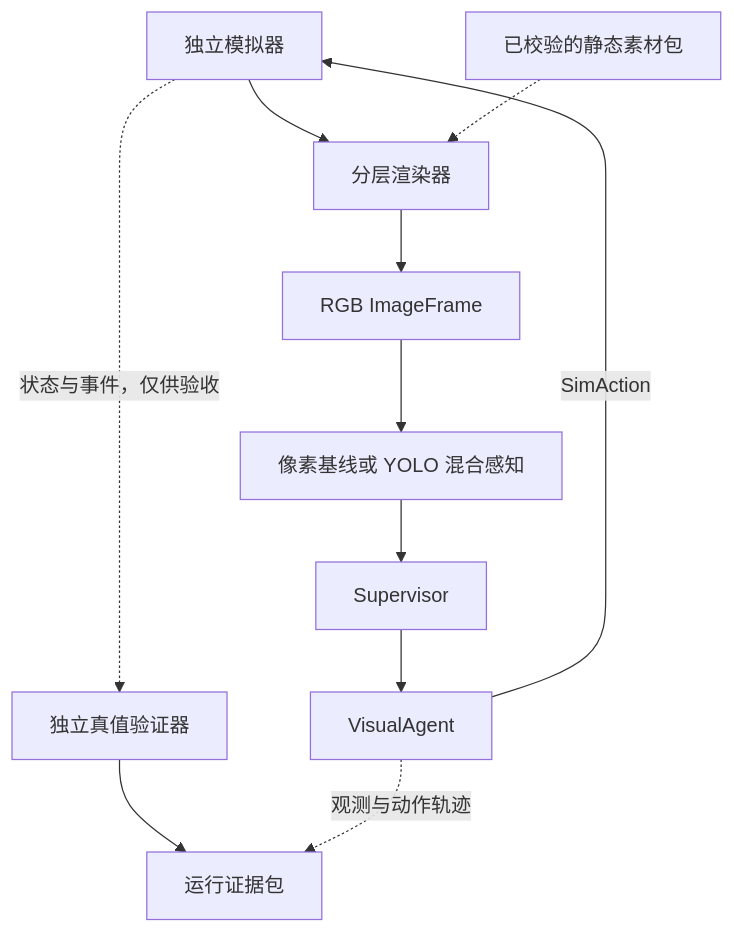
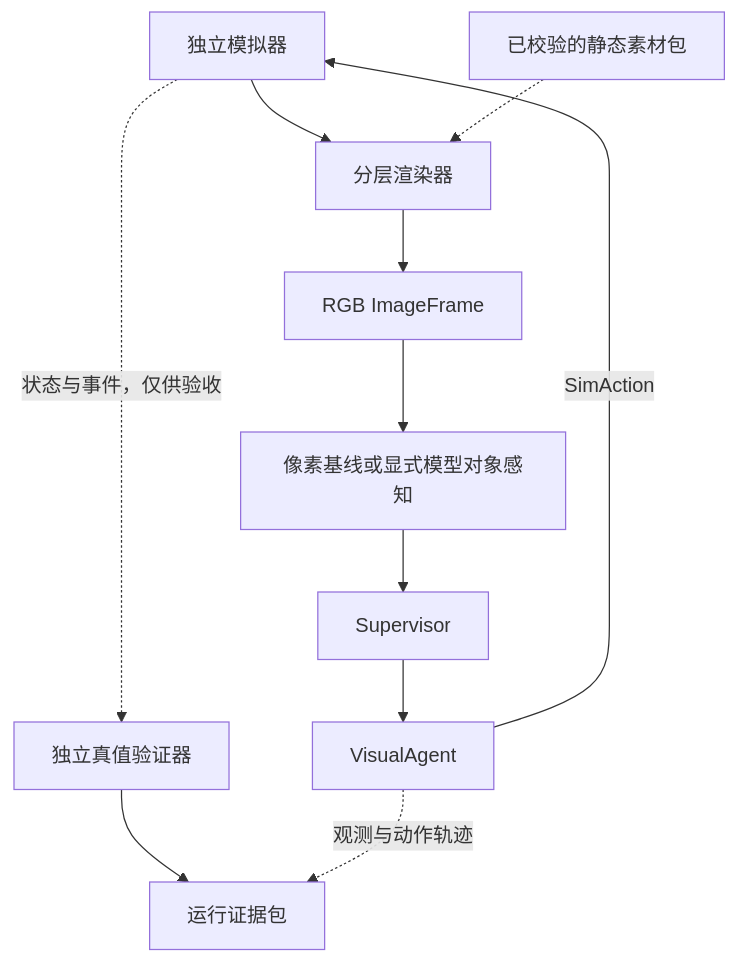
Before and after one commit to www1350/maple-vision-platform: the diagram in docs/FINAL_PLAN.md, drawn with Mermaid. The commit also changed other lines of this file and 67 other files, not shown here.

````diff
--- a/docs/FINAL_PLAN.md
+++ b/docs/FINAL_PLAN.md
@@ -15,13 +17,13 @@
 ```mermaid
 flowchart TD
     S["独立模拟器"] --> R["分层渲染器"]
     A["已校验的静态素材包"] -.-> R
     R --> F["RGB ImageFrame"]
-    F --> V["像素基线或 YOLO 混合感知"]
+    F --> V["像素基线或显式模型对象感知"]
     V --> G["Supervisor"]
     G --> P["VisualAgent"]
     P -->|"SimAction"| S
     S -. "状态与事件，仅供验收" .-> O["独立真值验证器"]
     O --> B["运行证据包"]
     P -. "观测与动作轨迹" .-> B
 ```
````
